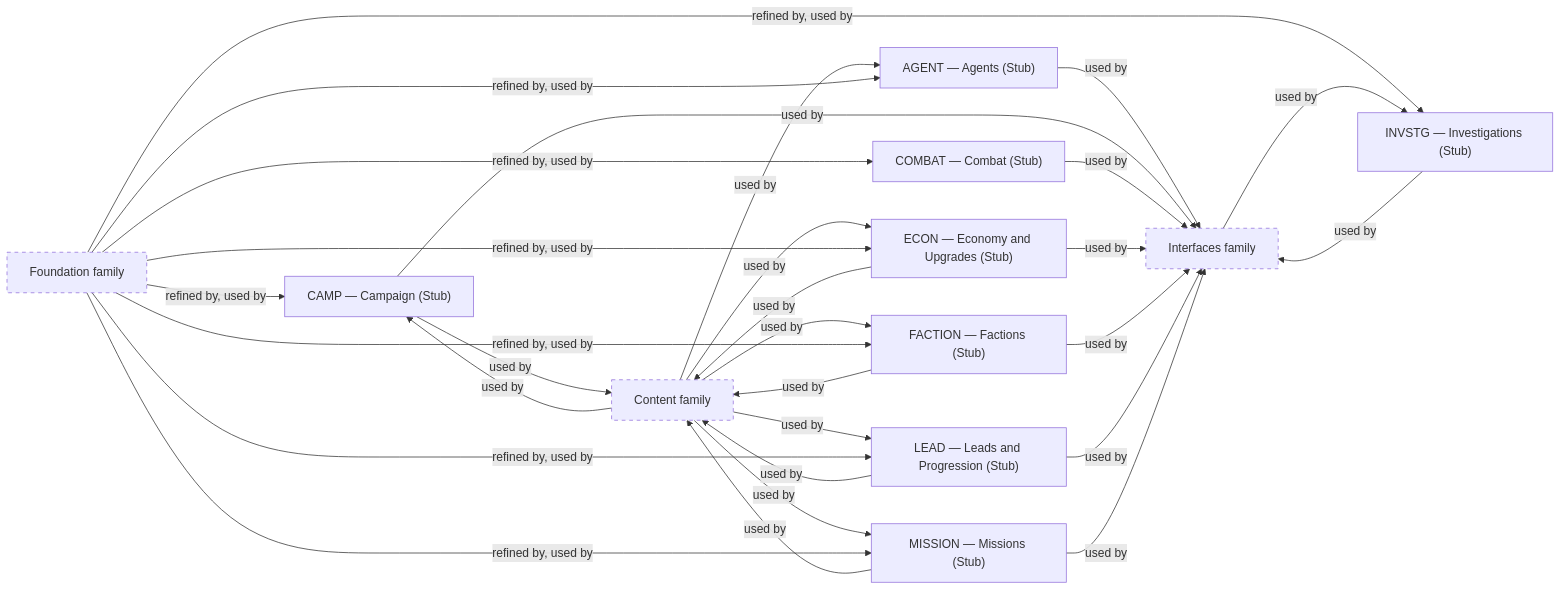
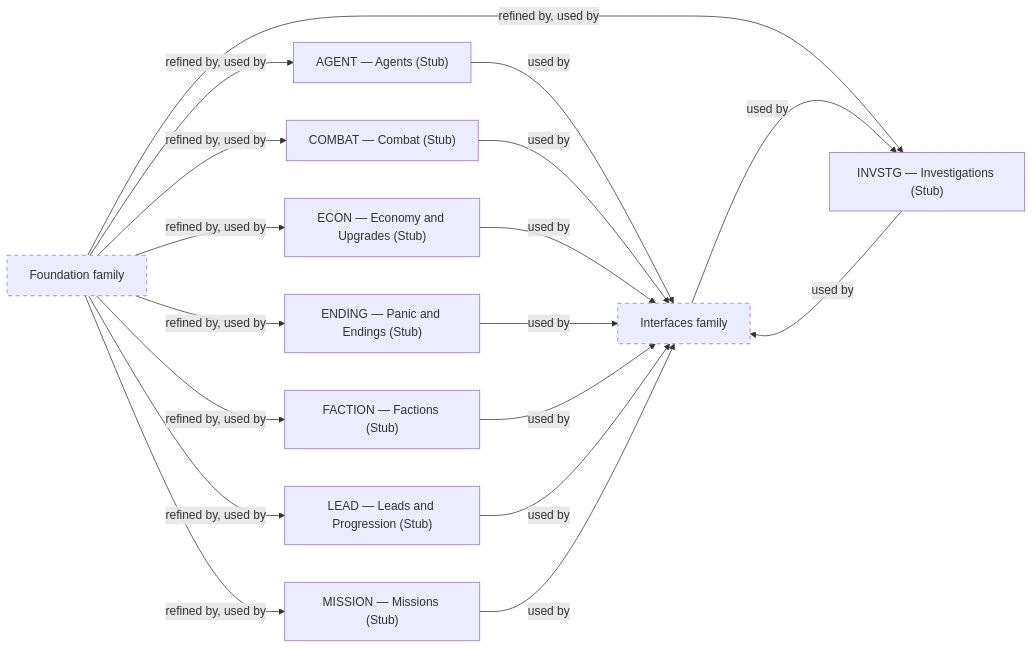
Before and after one commit to konrad-jamrozik/game-v5: the second of 2 diagrams in docs/specs/mechanics/about-mechanics.md, drawn with Mermaid. The commit also changed other lines of this file and 34 other files, not shown here.

First line of the commit message:
Clean up Domain Model; retire Initial Campaign Content and Campaign specs

````diff
--- a/docs/specs/mechanics/about-mechanics.md
+++ b/docs/specs/mechanics/about-mechanics.md
@@ -96,43 +96,31 @@
 ```mermaid
 flowchart LR
   AGENT["AGENT — Agents (Stub)"]
-  CAMP["CAMP — Campaign (Stub)"]
   COMBAT["COMBAT — Combat (Stub)"]
   ECON["ECON — Economy and Upgrades (Stub)"]
+  ENDING["ENDING — Panic and Endings (Stub)"]
   FACTION["FACTION — Factions (Stub)"]
   INVSTG["INVSTG — Investigations (Stub)"]
   LEAD["LEAD — Leads and Progression (Stub)"]
   MISSION["MISSION — Missions (Stub)"]
   family_foundation["Foundation family"]:::external
-  family_content["Content family"]:::external
   family_interfaces["Interfaces family"]:::external
   AGENT -->|used by| family_interfaces
-  CAMP -->|used by| family_content
-  CAMP -->|used by| family_interfaces
   COMBAT -->|used by| family_interfaces
-  ECON -->|used by| family_content
   ECON -->|used by| family_interfaces
-  FACTION -->|used by| family_content
+  ENDING -->|used by| family_interfaces
   FACTION -->|used by| family_interfaces
   INVSTG -->|used by| family_interfaces
-  LEAD -->|used by| family_content
   LEAD -->|used by| family_interfaces
-  MISSION -->|used by| family_content
   MISSION -->|used by| family_interfaces
-  family_content -->|used by| AGENT
-  family_content -->|used by| CAMP
-  family_content -->|used by| ECON
-  family_content -->|used by| FACTION
-  family_content -->|used by| LEAD
-  family_content -->|used by| MISSION
   family_foundation -->|refined by, used by| AGENT
-  family_foundation -->|refined by, used by| CAMP
   family_foundation -->|refined by, used by| COMBAT
   family_foundation -->|refined by, used by| ECON
+  family_foundation -->|refined by, used by| ENDING
   family_foundation -->|refined by, used by| FACTION
   family_foundation -->|refined by, used by| INVSTG
   family_foundation -->|refined by, used by| LEAD
   family_foundation -->|refined by, used by| MISSION
   family_interfaces -->|used by| INVSTG
   classDef external stroke-dasharray: 5 5
 ```
````
